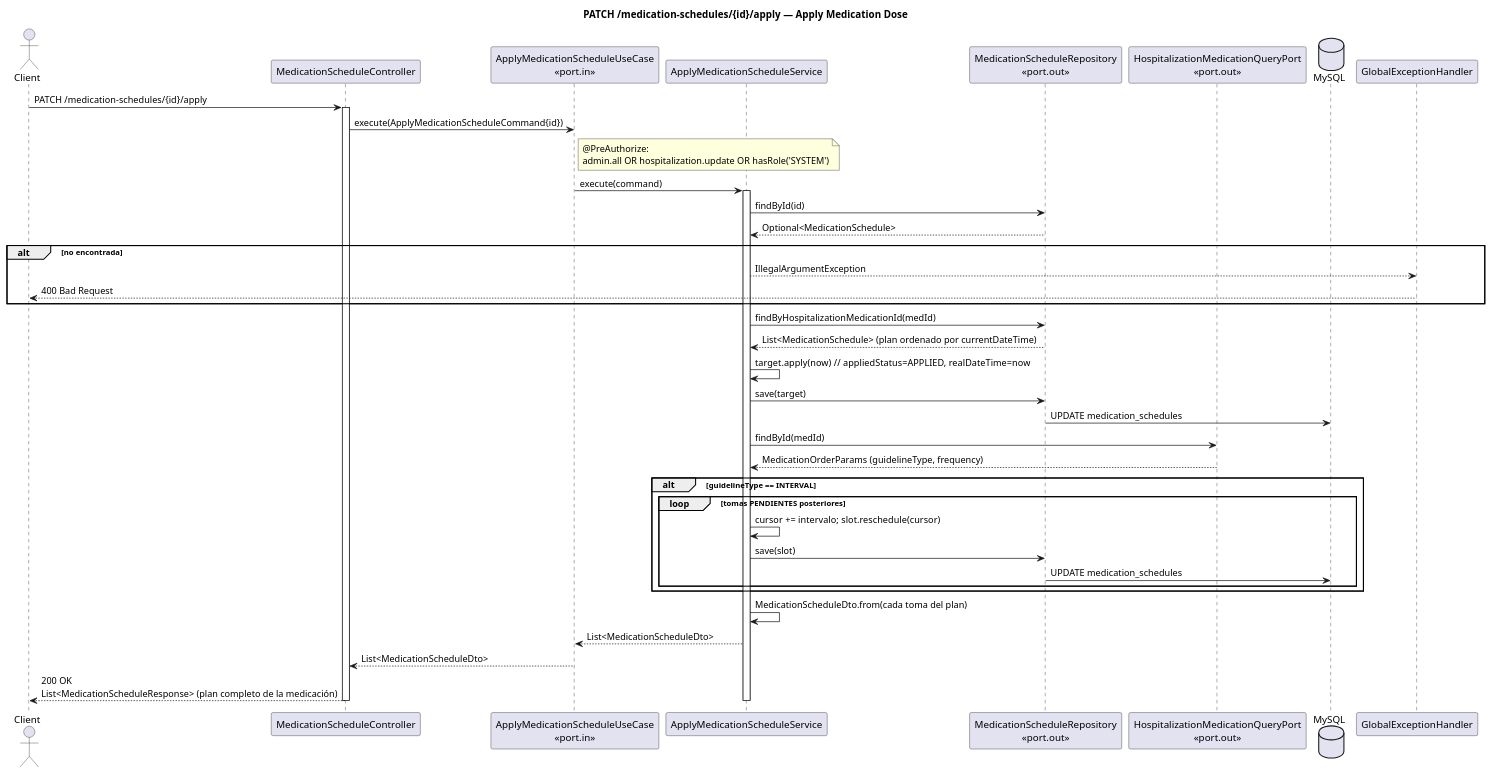
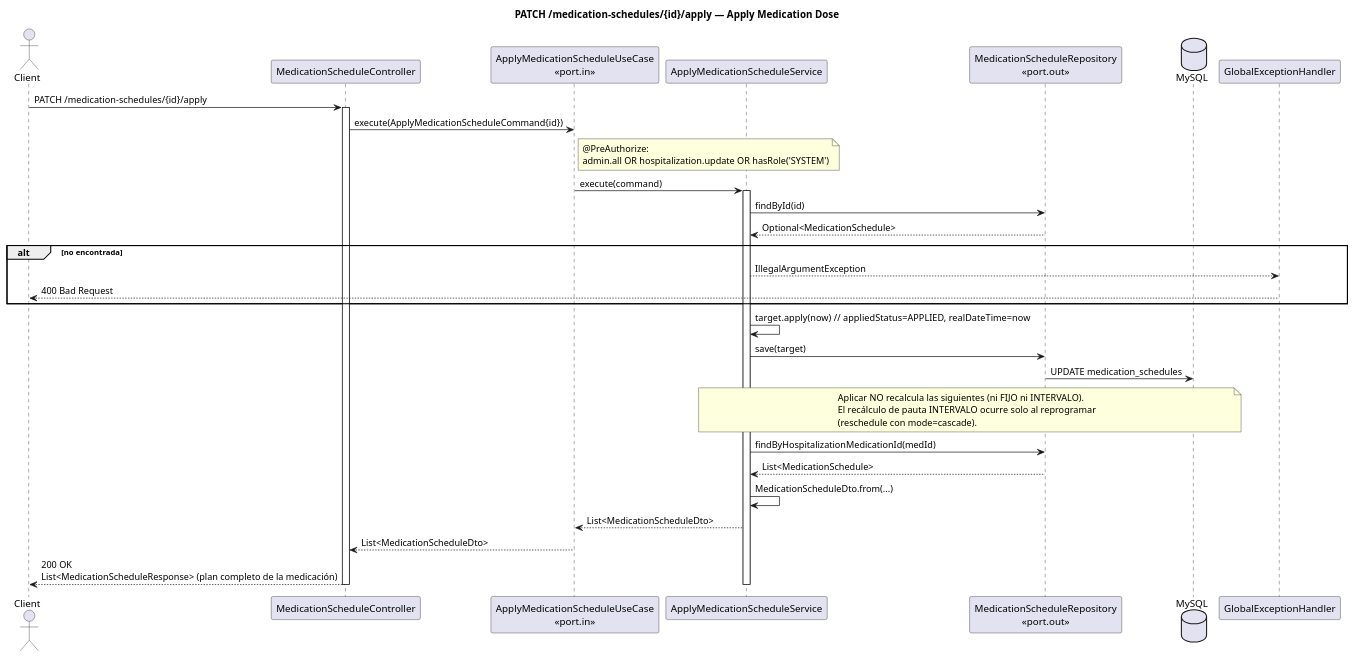
Before and after one commit to kefaroTech/vetsoftware-backend: the diagram in uml/sequenceDiagram/medicationschedule/apply.puml, drawn with PlantUML. The commit also changed 6 other files, not shown here.

Commit message:
♻️ refactor(schedule): ajusta aplicación de medication/procedure schedules

```diff
--- a/uml/sequenceDiagram/medicationschedule/apply.puml
+++ b/uml/sequenceDiagram/medicationschedule/apply.puml
@@ -1,53 +1,48 @@
 @startuml medication_schedule_apply
 title PATCH /medication-schedules/{id}/apply — Apply Medication Dose
 
 actor Client
 participant "MedicationScheduleController" as Controller
 participant "ApplyMedicationScheduleUseCase\n<<port.in>>" as UseCase
 participant "ApplyMedicationScheduleService" as Service
 participant "MedicationScheduleRepository\n<<port.out>>" as Repo
-participant "HospitalizationMedicationQueryPort\n<<port.out>>" as MedQP
 database "MySQL" as DB
 participant "GlobalExceptionHandler" as GEH
 
 Client -> Controller : PATCH /medication-schedules/{id}/apply
 activate Controller
 Controller -> UseCase : execute(ApplyMedicationScheduleCommand{id})
 note right of UseCase
   @PreAuthorize:
   admin.all OR hospitalization.update OR hasRole('SYSTEM')
 end note
 UseCase -> Service : execute(command)
 activate Service
 
 Service -> Repo : findById(id)
 Repo --> Service : Optional<MedicationSchedule>
 alt no encontrada
   Service --> GEH : IllegalArgumentException
   GEH --> Client : 400 Bad Request
 end
 
-Service -> Repo : findByHospitalizationMedicationId(medId)
-Repo --> Service : List<MedicationSchedule> (plan ordenado por currentDateTime)
 Service -> Service : target.apply(now)  // appliedStatus=APPLIED, realDateTime=now
 Service -> Repo : save(target)
 Repo -> DB : UPDATE medication_schedules
 
-Service -> MedQP : findById(medId)
-MedQP --> Service : MedicationOrderParams (guidelineType, frequency)
-alt guidelineType == INTERVAL
-  loop tomas PENDIENTES posteriores
-    Service -> Service : cursor += intervalo;  slot.reschedule(cursor)
-    Service -> Repo : save(slot)
-    Repo -> DB : UPDATE medication_schedules
-  end
-end
+note over Service, DB
+  Aplicar NO recalcula las siguientes (ni FIJO ni INTERVALO).
+  El recálculo de pauta INTERVALO ocurre solo al reprogramar
+  (reschedule con mode=cascade).
+end note
 
-Service -> Service : MedicationScheduleDto.from(cada toma del plan)
+Service -> Repo : findByHospitalizationMedicationId(medId)
+Repo --> Service : List<MedicationSchedule>
+Service -> Service : MedicationScheduleDto.from(...)
 Service --> UseCase : List<MedicationScheduleDto>
 UseCase --> Controller : List<MedicationScheduleDto>
 Controller --> Client : 200 OK\nList<MedicationScheduleResponse> (plan completo de la medicación)
 deactivate Service
 deactivate Controller
 
 @enduml
```
